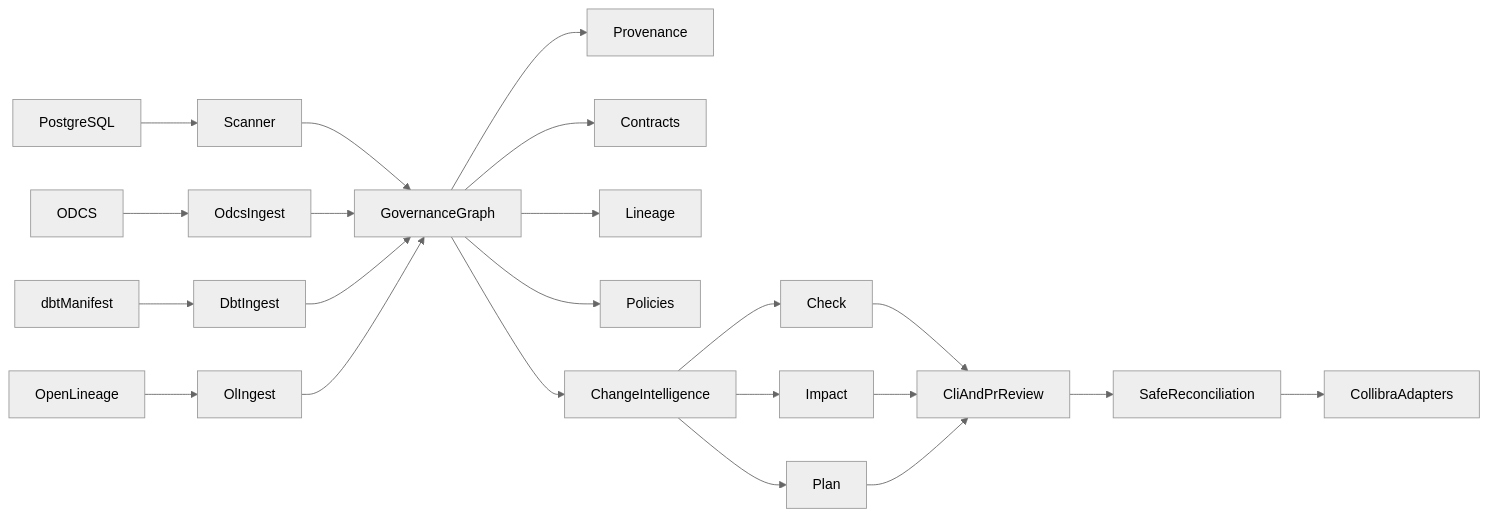
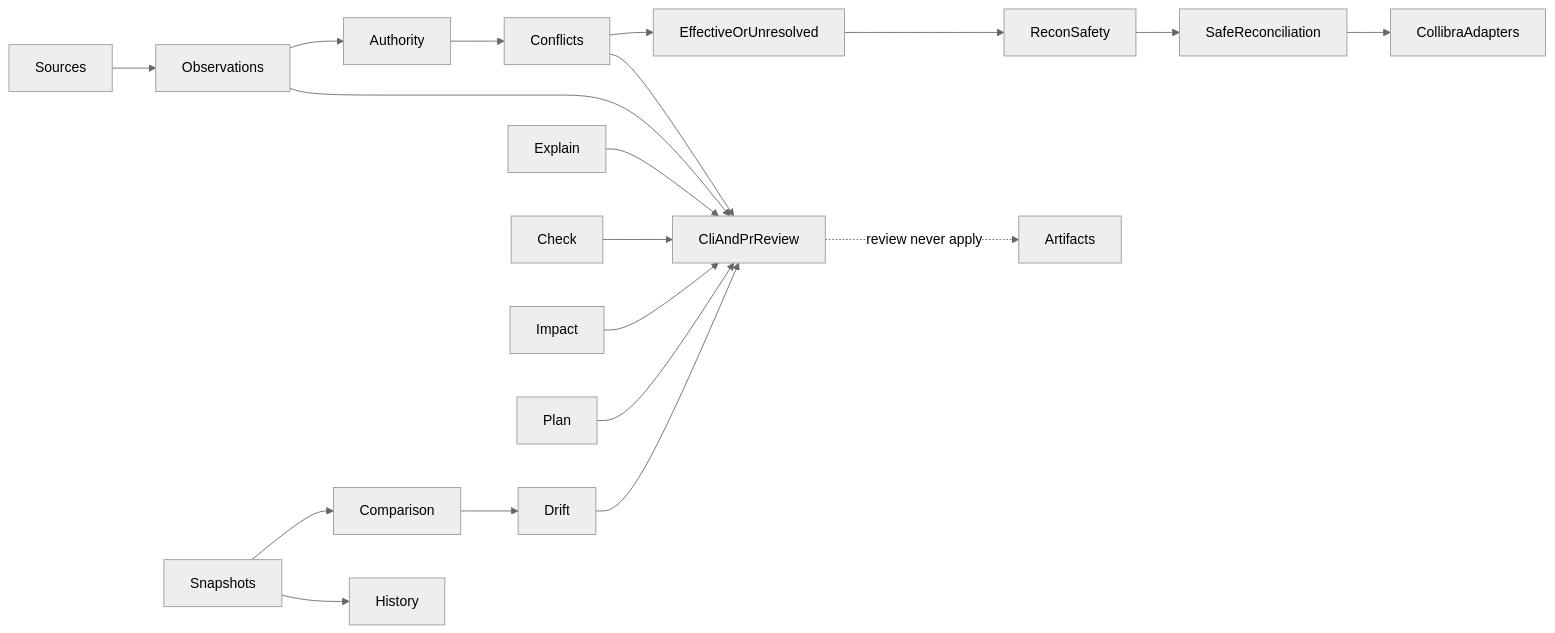
The diagram in README.md (adrianmartnez/collibra-governance-automation), drawn with Mermaid (neutral theme) before and after one commit. The commit also changed other lines of this file and 15 other files, not shown here.

````diff
--- a/README.md
+++ b/README.md
@@ -54,24 +63,21 @@
 ```mermaid
 flowchart LR
-  PostgreSQL --> Scanner
-  ODCS --> OdcsIngest
-  dbtManifest --> DbtIngest
-  OpenLineage --> OlIngest
-  Scanner --> GovernanceGraph
-  OdcsIngest --> GovernanceGraph
-  DbtIngest --> GovernanceGraph
-  OlIngest --> GovernanceGraph
-  GovernanceGraph --> Provenance
-  GovernanceGraph --> Contracts
-  GovernanceGraph --> Lineage
-  GovernanceGraph --> Policies
-  GovernanceGraph --> ChangeIntelligence
-  ChangeIntelligence --> Check
-  ChangeIntelligence --> Impact
-  ChangeIntelligence --> Plan
+  Sources --> Observations
+  Observations --> Authority
+  Authority --> Conflicts
+  Conflicts --> EffectiveOrUnresolved
+  EffectiveOrUnresolved --> ReconSafety
+  Snapshots --> Comparison
+  Comparison --> Drift
+  Snapshots --> History
+  Observations --> CliAndPrReview
+  Conflicts --> CliAndPrReview
+  Drift --> CliAndPrReview
+  Explain --> CliAndPrReview
   Check --> CliAndPrReview
   Impact --> CliAndPrReview
   Plan --> CliAndPrReview
-  CliAndPrReview --> SafeReconciliation
+  ReconSafety --> SafeReconciliation
+  CliAndPrReview -.->|"review never apply"| Artifacts
   SafeReconciliation --> CollibraAdapters
 ```
````
